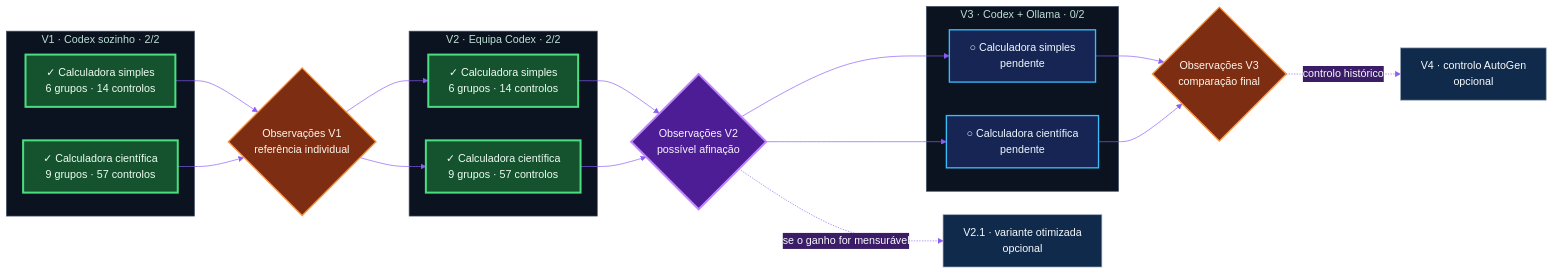
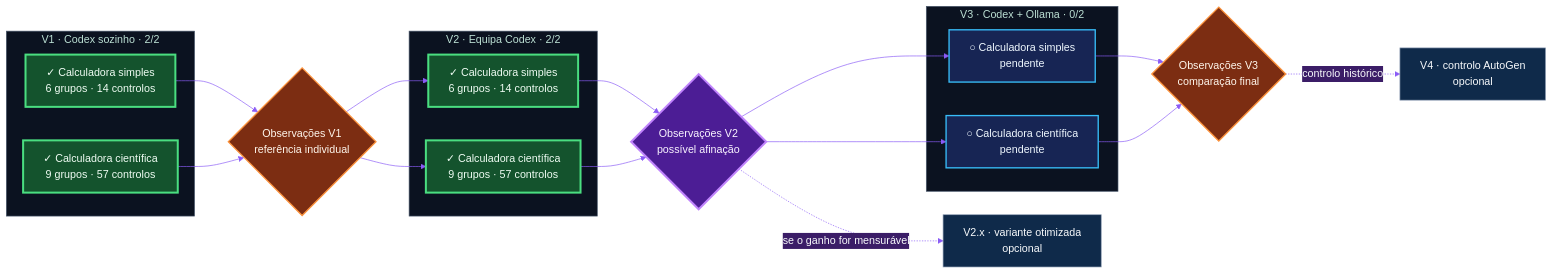
The diagram in README.pt.md (ERICRAC/AgentBench-2026), drawn with Mermaid before and after one commit. The commit also changed other lines of this file and 15 other files, not shown here.

````diff
--- a/README.pt.md
+++ b/README.pt.md
@@ -48,44 +50,44 @@
 ```mermaid
 %%{init: {"theme": "base", "themeVariables": {
   "primaryColor": "#0f2a4a", "primaryTextColor": "#f8fafc",
   "primaryBorderColor": "#22d3ee", "secondaryColor": "#3b1d67",
   "tertiaryColor": "#431f2b", "fontFamily": "system-ui",
   "lineColor": "#8b5cf6", "clusterBkg": "#0b1220",
   "clusterBorder": "#475569"
 }}}%%
 flowchart LR
     subgraph V1["V1 · Codex sozinho · 2/2"]
       V1C["✓ Calculadora simples<br/>6 grupos · 14 controlos"]
       V1S["✓ Calculadora científica<br/>9 grupos · 57 controlos"]
     end
     G1{"Observações V1<br/>referência individual"}
     subgraph V2["V2 · Equipa Codex · 2/2"]
       V2C["✓ Calculadora simples<br/>6 grupos · 14 controlos"]
       V2S["✓ Calculadora científica<br/>9 grupos · 57 controlos"]
     end
     G2{"Observações V2<br/>possível afinação"}
-    V21["V2.1 · variante otimizada<br/>opcional"]
+    V21["V2.x · variante otimizada<br/>opcional"]
     subgraph V3["V3 · Codex + Ollama · 0/2"]
       V3C["○ Calculadora simples<br/>pendente"]
       V3S["○ Calculadora científica<br/>pendente"]
     end
     G3{"Observações V3<br/>comparação final"}
     V4["V4 · controlo AutoGen<br/>opcional"]
     V1C & V1S --> G1
     G1 --> V2C & V2S
     V2C & V2S --> G2
     G2 -. "se o ganho for mensurável" .-> V21
     G2 --> V3C & V3S
     V3C & V3S --> G3
     G3 -. "controlo histórico" .-> V4
     classDef done fill:#14532d,stroke:#4ade80,color:#f0fdf4,stroke-width:3px;
     classDef next fill:#4c1d95,stroke:#c084fc,color:#faf5ff,stroke-width:3px;
     classDef todo fill:#172554,stroke:#38bdf8,color:#f0f9ff,stroke-width:2px;
     classDef gate fill:#7c2d12,stroke:#fb923c,color:#fff7ed,stroke-width:2px;
     classDef optional fill:#0f2a4a,stroke:#94a3b8,color:#f8fafc;
     class V1C,V1S,V2C,V2S done;
     class V3C,V3S todo;
     class G1,G3 gate;
     class G2 next;
     class V21,V4 optional;
 ```
````
